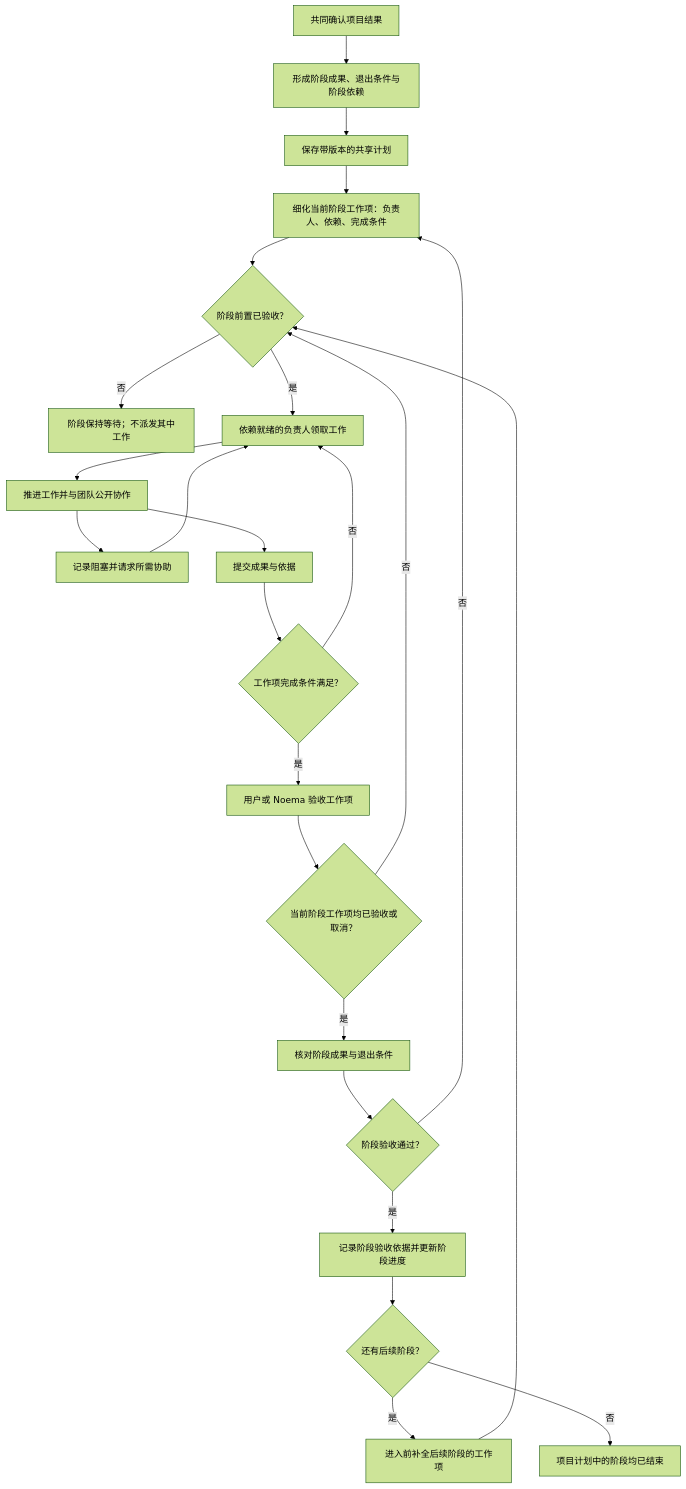
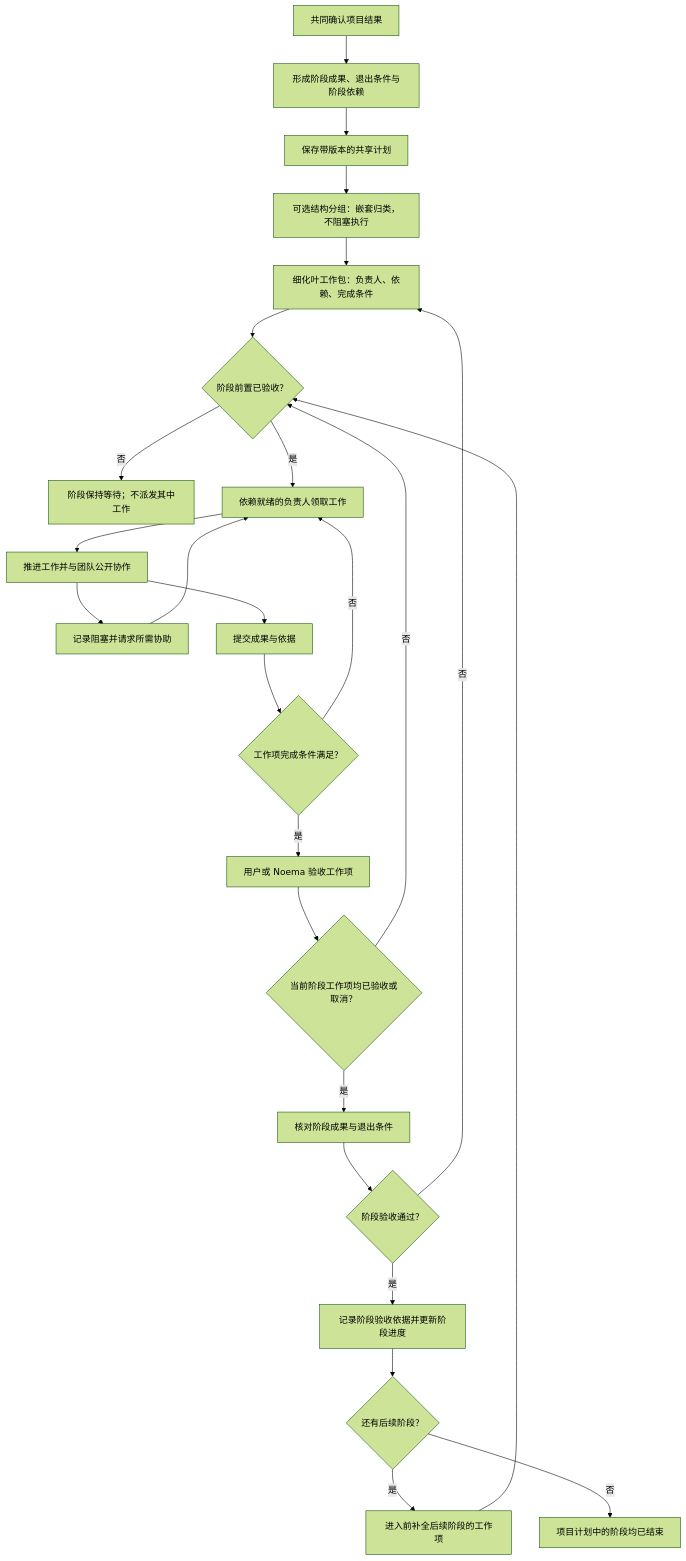
The seventh of 11 diagrams in docs/design/noema-core-flows.md (Noema-Harness/noema-agent), drawn with Mermaid (forest theme) before and after one commit. The commit also changed other lines of this file and 11 other files, not shown here.

````diff
--- a/docs/design/noema-core-flows.md
+++ b/docs/design/noema-core-flows.md
@@ -118,26 +206,27 @@
 ```mermaid
 flowchart TD
     RESULT[共同确认项目结果] --> BREAK[形成阶段成果、退出条件与阶段依赖]
     BREAK --> SAVE[保存带版本的共享计划]
-    SAVE --> CURRENT[细化当前阶段工作项：负责人、依赖、完成条件]
+    SAVE --> GROUP[可选结构分组：嵌套归类，不阻塞执行]
+    GROUP --> CURRENT[细化叶工作包：负责人、依赖、完成条件]
     CURRENT --> READY{阶段前置已验收？}
     READY -- 否 --> WAIT[阶段保持等待；不派发其中工作]
     READY -- 是 --> PULL[依赖就绪的负责人领取工作]
     PULL --> WORK[推进工作并与团队公开协作]
     WORK --> BLOCK[记录阻塞并请求所需协助]
     BLOCK --> PULL
     WORK --> SUBMIT[提交成果与依据]
     SUBMIT --> ITEM{工作项完成条件满足？}
     ITEM -- 否 --> PULL
     ITEM -- 是 --> ITEM_DONE[用户或 Noema 验收工作项]
     ITEM_DONE --> ALL{当前阶段工作项均已验收或取消？}
     ALL -- 否 --> READY
     ALL -- 是 --> GATE[核对阶段成果与退出条件]
     GATE --> PHASE{阶段验收通过？}
     PHASE -- 否 --> CURRENT
     PHASE -- 是 --> PHASE_DONE[记录阶段验收依据并更新阶段进度]
     PHASE_DONE --> NEXT{还有后续阶段？}
     NEXT -- 是 --> DETAIL[进入前补全后续阶段的工作项]
     DETAIL --> READY
     NEXT -- 否 --> COMPLETE[项目计划中的阶段均已结束]
 ```
````
